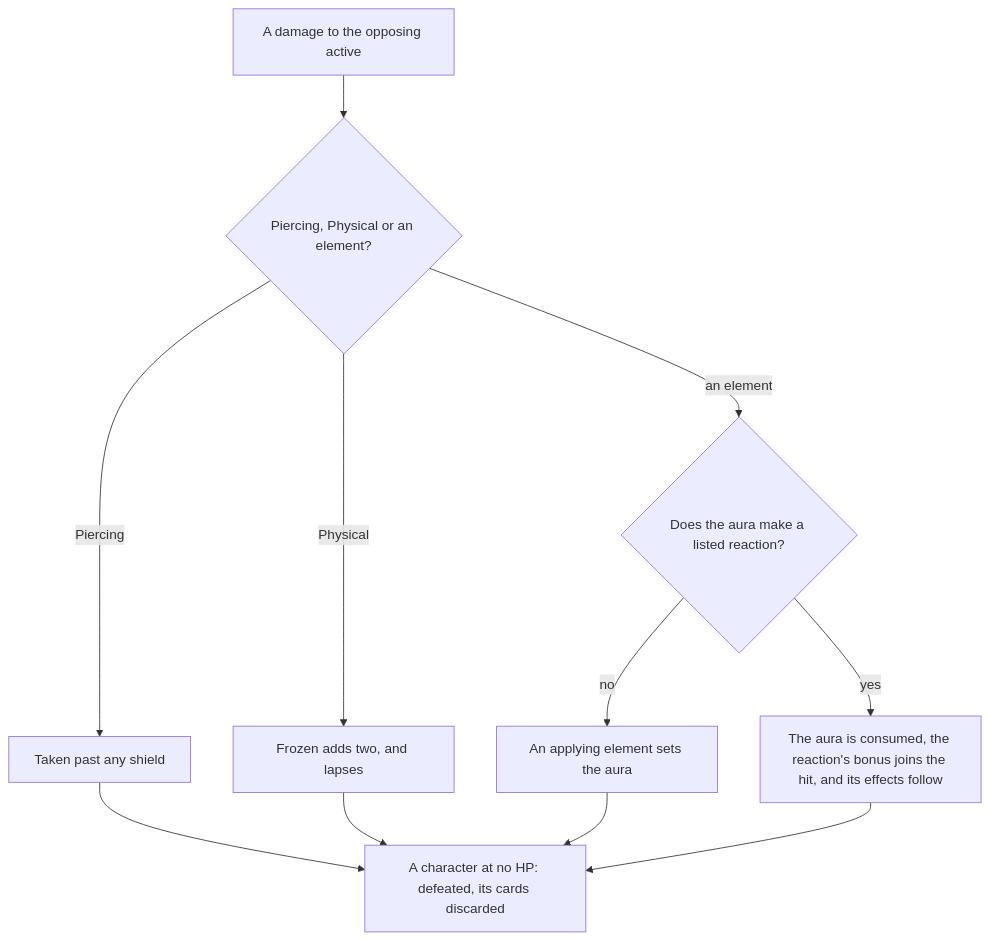
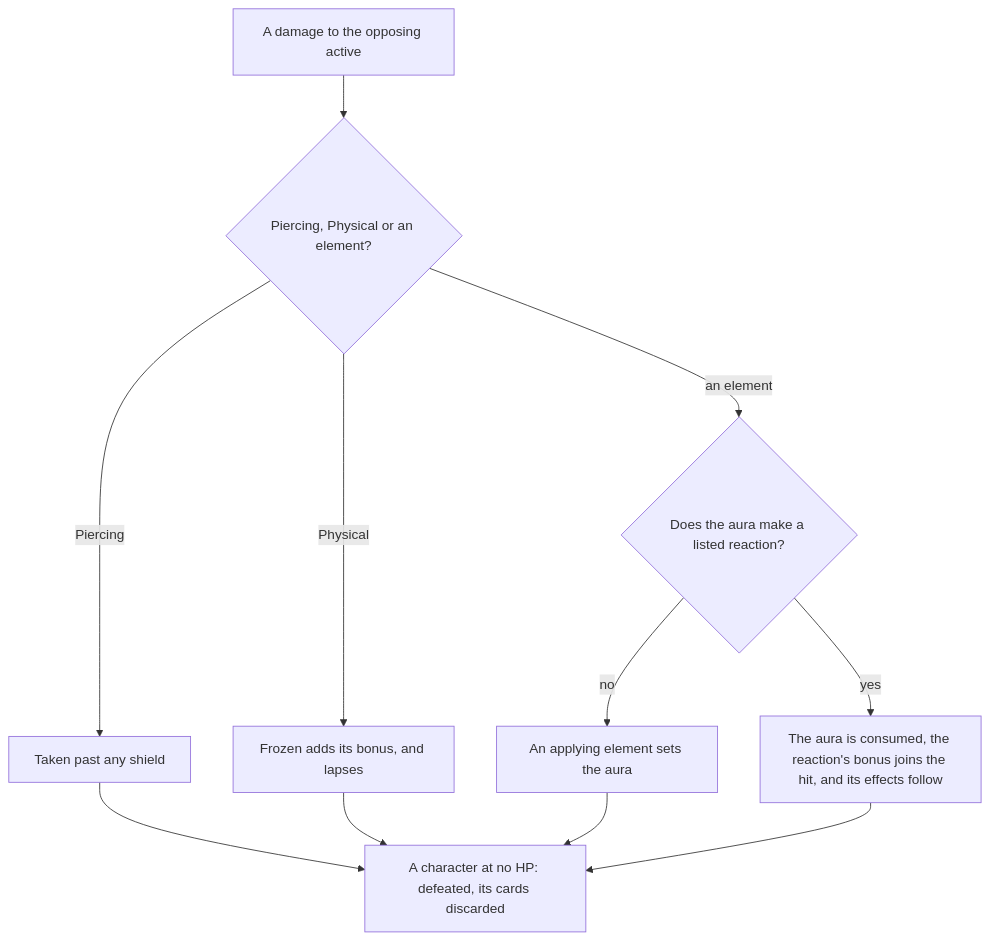
The second of 2 diagrams in openspec/specs/genshin/genius-invokation/rules/design.md (Esposter/Esposter), drawn with Mermaid before and after one commit. The commit also changed other lines of this file and 41 other files, not shown here.

````diff
--- a/openspec/specs/genshin/genius-invokation/rules/design.md
+++ b/openspec/specs/genshin/genius-invokation/rules/design.md
@@ -53,13 +53,13 @@
 ```mermaid
 flowchart TD
   HIT["A damage to the opposing active"] --> KIND{"Piercing, Physical or an element?"}
   KIND -->|"Piercing"| PIERCE["Taken past any shield"]
-  KIND -->|"Physical"| FROZEN["Frozen adds two, and lapses"]
+  KIND -->|"Physical"| FROZEN["Frozen adds its bonus, and lapses"]
   KIND -->|"an element"| AURA{"Does the aura make a listed reaction?"}
   AURA -->|"no"| APPLY["An applying element sets the aura"]
   AURA -->|"yes"| REACT["The aura is consumed, the reaction's bonus joins the hit, and its effects follow"]
   PIERCE --> DEFEAT["A character at no HP: defeated, its cards discarded"]
   FROZEN --> DEFEAT
   APPLY --> DEFEAT
   REACT --> DEFEAT
 ```
````
